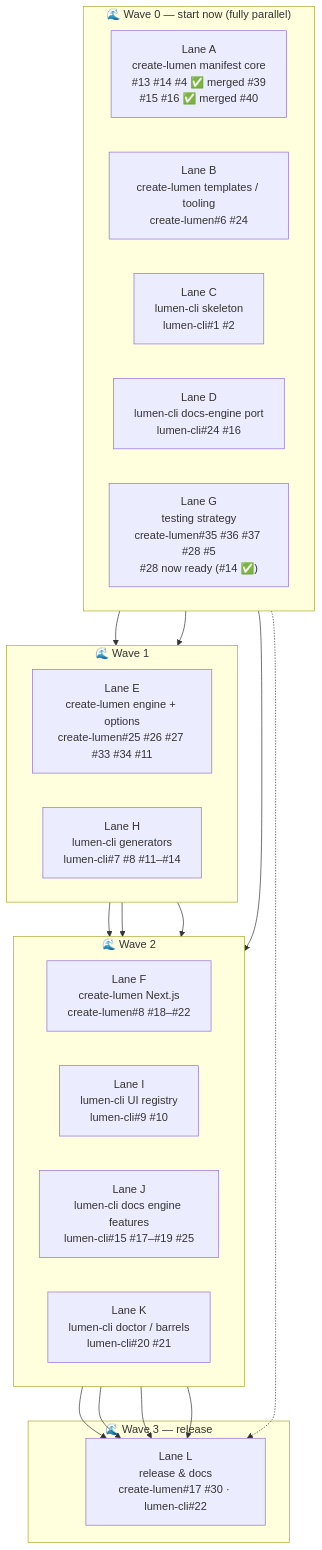
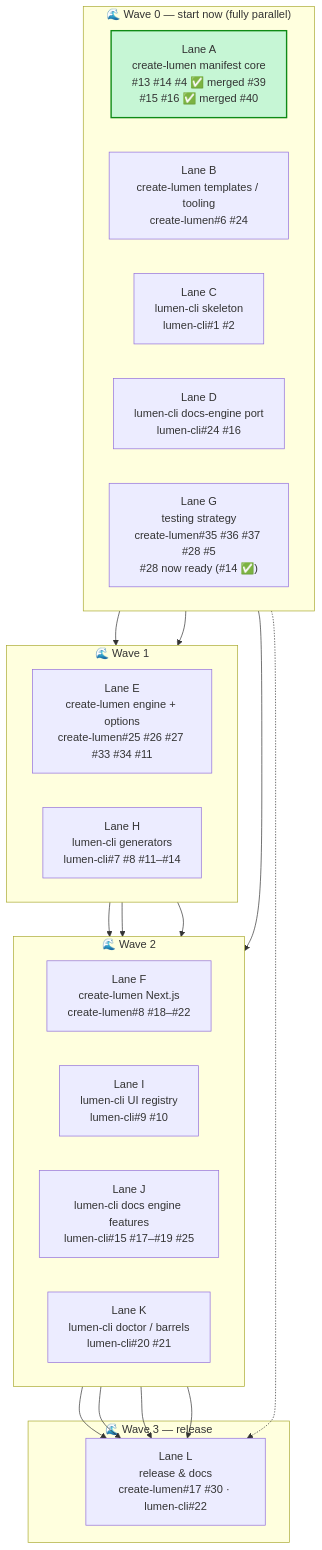
Before and after one commit to LUMEN-SH/create-lumen: the third of 5 diagrams in docs/PLAN.md, drawn with Mermaid.

Commit message:
docs: add style for LaneA node in dependency graph

````diff
--- a/docs/PLAN.md
+++ b/docs/PLAN.md
@@ -127,40 +127,42 @@
 ```mermaid
 flowchart TB
     subgraph W0["🌊 Wave 0 — start now (fully parallel)"]
         direction LR
         LaneA["Lane A<br/>create-lumen manifest core<br/>#13 #14 #4 ✅ merged #39<br/>#15 #16 ✅ merged #40"]
         LaneB["Lane B<br/>create-lumen templates / tooling<br/>create-lumen#6 #24"]
         LaneC["Lane C<br/>lumen-cli skeleton<br/>lumen-cli#1 #2"]
         LaneD["Lane D<br/>lumen-cli docs-engine port<br/>lumen-cli#24 #16"]
         LaneG["Lane G<br/>testing strategy<br/>create-lumen#35 #36 #37 #28 #5<br/>#28 now ready (#14 ✅)"]
     end
 
     subgraph W1["🌊 Wave 1"]
         direction LR
         LaneE["Lane E<br/>create-lumen engine + options<br/>create-lumen#25 #26 #27 #33 #34 #11"]
         LaneH["Lane H<br/>lumen-cli generators<br/>lumen-cli#7 #8 #11–#14"]
     end
 
     subgraph W2["🌊 Wave 2"]
         direction LR
         LaneF["Lane F<br/>create-lumen Next.js<br/>create-lumen#8 #18–#22"]
         LaneI["Lane I<br/>lumen-cli UI registry<br/>lumen-cli#9 #10"]
         LaneJ["Lane J<br/>lumen-cli docs engine features<br/>lumen-cli#15 #17–#19 #25"]
         LaneK["Lane K<br/>lumen-cli doctor / barrels<br/>lumen-cli#20 #21"]
     end
 
     subgraph W3["🌊 Wave 3 — release"]
         LaneL["Lane L<br/>release &amp; docs<br/>create-lumen#17 #30 · lumen-cli#22"]
     end
 
     LaneA --> LaneE --> LaneF
     LaneC --> LaneH
     LaneH --> LaneI
     LaneH --> LaneK
     LaneD --> LaneJ
     LaneG -.-> LaneL
     LaneF --> LaneL
     LaneI --> LaneL
     LaneJ --> LaneL
     LaneK --> LaneL
+
+    style LaneA fill:#c6f6d5,stroke:#0e8a16,stroke-width:2px
 ```
````
